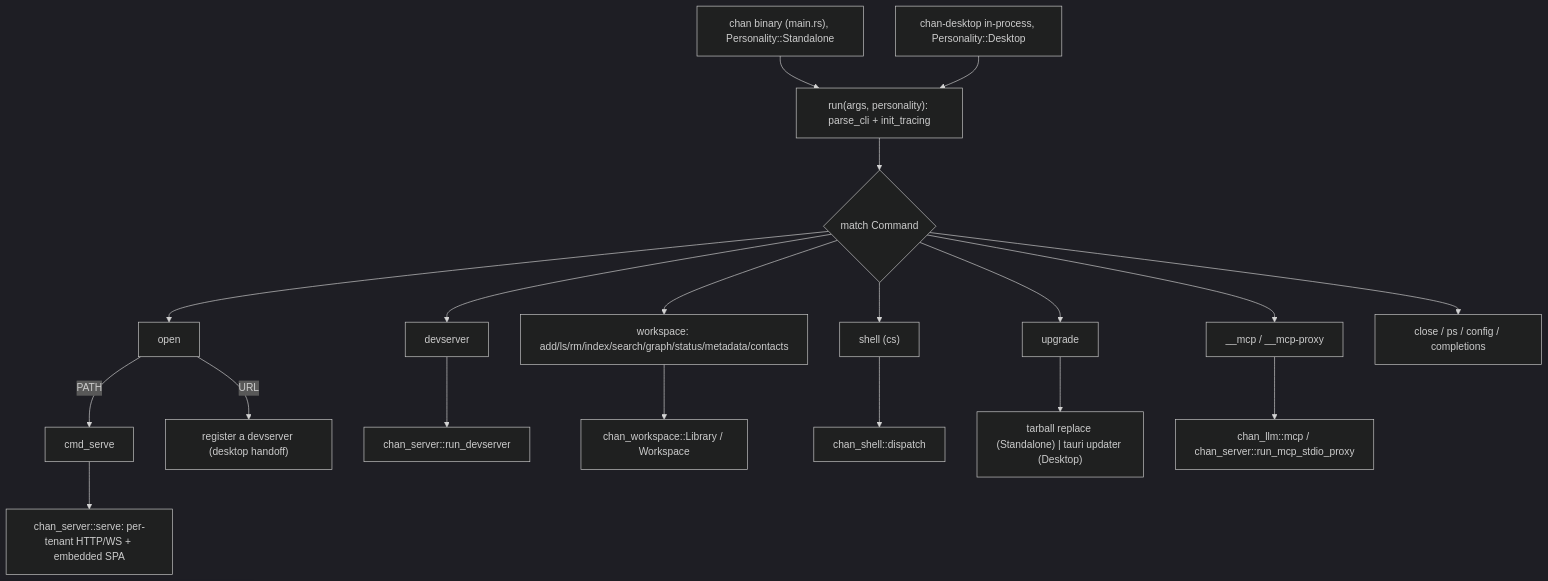
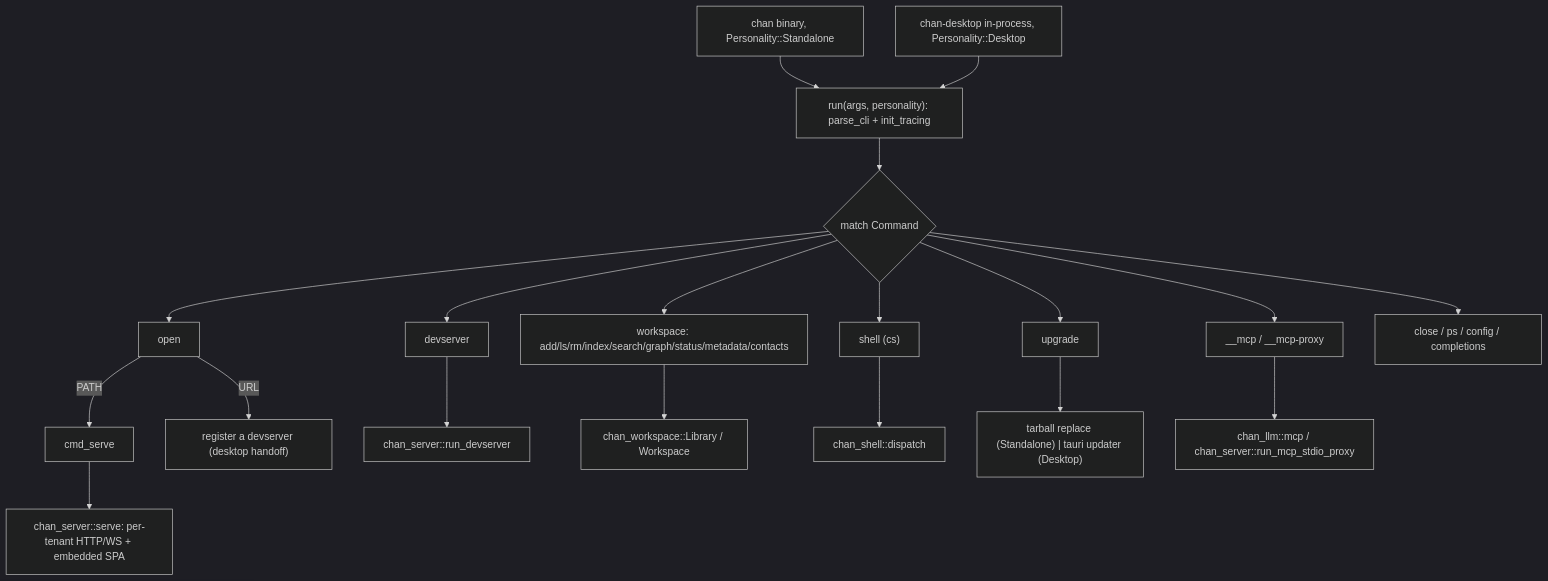
The first of 2 diagrams in crates/chan/design.md (likewhatevs/chan), drawn with Mermaid (dark theme) before and after one commit. The commit also changed other lines of this file and 20 other files, not shown here.

````diff
--- a/crates/chan/design.md
+++ b/crates/chan/design.md
@@ -29,21 +29,21 @@
 ```mermaid
 flowchart TB
-  Standalone["chan binary (main.rs), Personality::Standalone"] --> Run
+  Standalone["chan binary, Personality::Standalone"] --> Run
   Desktop["chan-desktop in-process, Personality::Desktop"] --> Run
   Run["run(args, personality): parse_cli + init_tracing"] --> Dispatch{"match Command"}
   Dispatch --> Open["open"]
   Dispatch --> Dev["devserver"]
   Dispatch --> Ws["workspace: add/ls/rm/index/search/graph/status/metadata/contacts"]
   Dispatch --> Sh["shell (cs)"]
   Dispatch --> Up["upgrade"]
   Dispatch --> Mcp["__mcp / __mcp-proxy"]
   Dispatch --> Other["close / ps / config / completions"]
   Open -->|"PATH"| Serve["cmd_serve"]
   Open -->|"URL"| RegDev["register a devserver (desktop handoff)"]
   Serve --> CS["chan_server::serve: per-tenant HTTP/WS + embedded SPA"]
   Dev --> RunDev["chan_server::run_devserver"]
   Ws --> Lib["chan_workspace::Library / Workspace"]
   Sh --> ShDisp["chan_shell::dispatch"]
   Up --> UpFork["tarball replace (Standalone) | tauri updater (Desktop)"]
   Mcp --> Llm["chan_llm::mcp / chan_server::run_mcp_stdio_proxy"]
 ```
````
